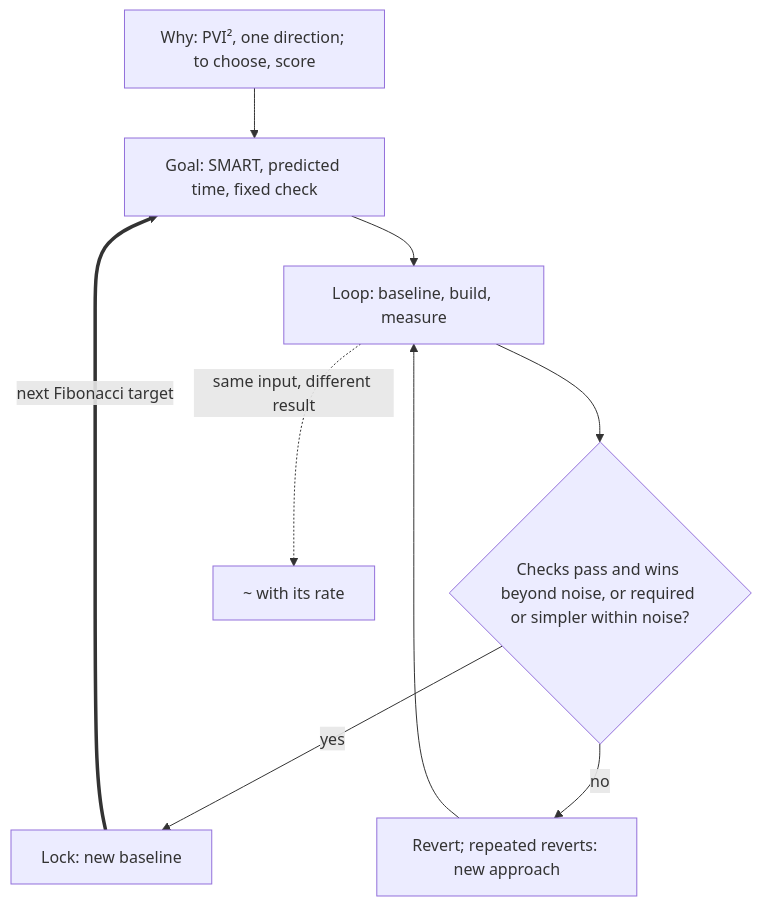
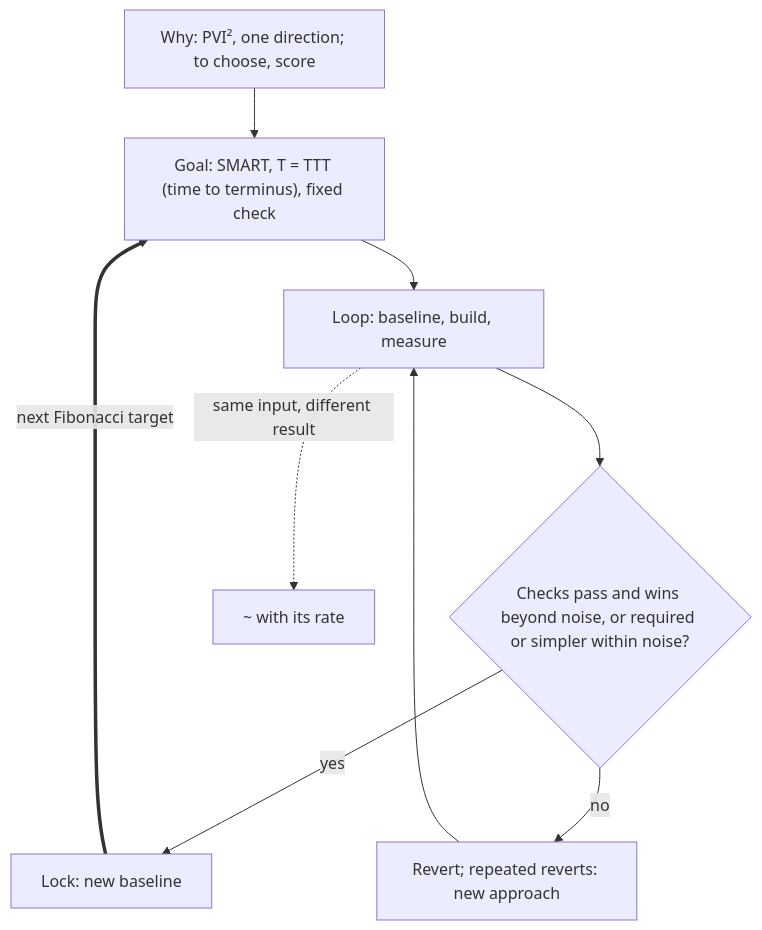
The seventh of 14 diagrams in AGENTS.md (SolenixAI/arbiter), drawn with Mermaid before and after one commit. The commit also changed other lines of this file, not shown here.

First line of the commit message:
docs(agents): SMART in full; T is TTT, time to terminus

````diff
--- a/AGENTS.md
+++ b/AGENTS.md
@@ -290,10 +293,10 @@
 ```mermaid
 flowchart TD
-  W["Why: PVI², one direction; to choose, score"] --> G["Goal: SMART, predicted time, fixed check"]
+  W["Why: PVI², one direction; to choose, score"] --> G["Goal: SMART, T = TTT (time to terminus), fixed check"]
   G --> B["Loop: baseline, build, measure"]
   B --> K{"Checks pass and wins beyond noise, or required or simpler within noise?"}
   K -->|yes| L["Lock: new baseline"]
   L ==>|next Fibonacci target| G
   K -->|no| R["Revert; repeated reverts: new approach"] --> B
   B -.->|same input, different result| Z["~ with its rate"]
 ```
````
